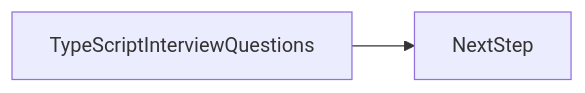
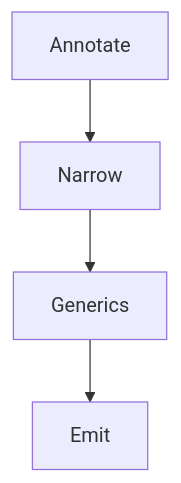
The second of 3 diagrams in docs/en/24-interview-preparation/typescript-interview-questions/index.md (OmidJavaherii/Frontend-Engineering-Handbook), drawn with Mermaid before and after one commit. The commit also changed other lines of this file and 461 other files, not shown here.

````diff
--- a/docs/en/24-interview-preparation/typescript-interview-questions/index.md
+++ b/docs/en/24-interview-preparation/typescript-interview-questions/index.md
@@ -95,4 +120,6 @@
 ```mermaid
-flowchart LR
-  concept[TypeScriptInterviewQuestions] --> nextStep[NextStep]
+flowchart TD
+  n0[Annotate] --> n1[Narrow]
+  n1[Narrow] --> n2[Generics]
+  n2[Generics] --> n3[Emit]
 ```
````
